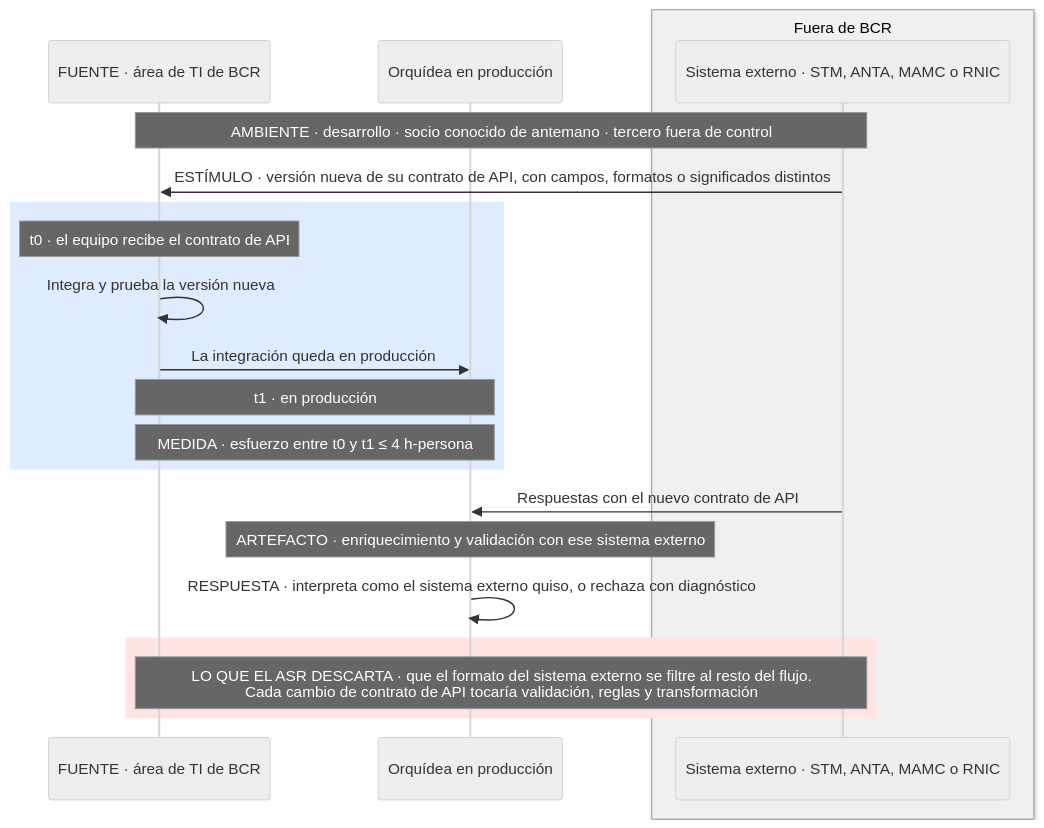
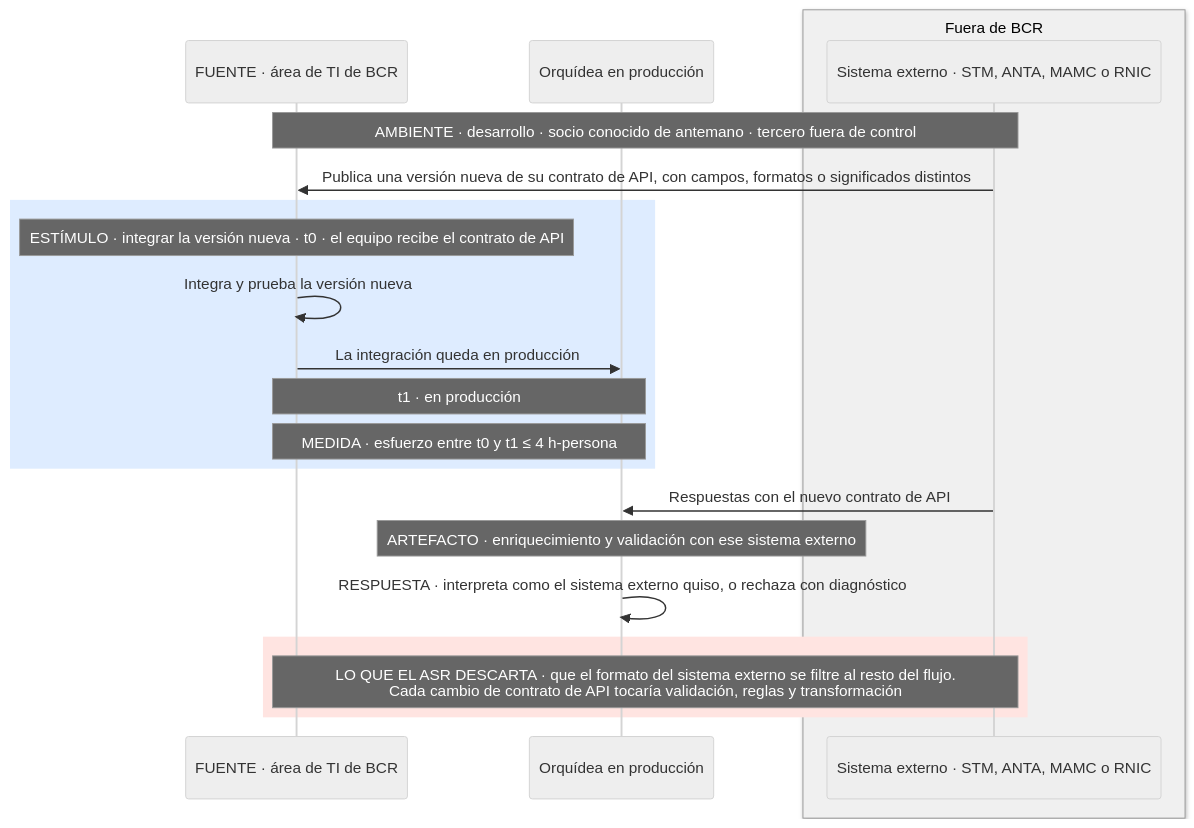
Before and after one commit to MATI-MBIT/arqsoft-reto-4: the seventh of 17 diagrams in docs/quality-attributes.md, drawn with Mermaid (neutral theme). The commit also changed other lines of this file and 2 other files, not shown here.

First line of the commit message:
Alinea los 17 ASR con las seis partes del escenario de calidad

````diff
--- a/docs/quality-attributes.md
+++ b/docs/quality-attributes.md
@@ -403,23 +403,23 @@
 ```mermaid
 sequenceDiagram
     participant T as FUENTE · área de TI de BCR
     participant O as Orquídea en producción
     box rgb(240,240,240) Fuera de BCR
     participant N as Sistema externo · STM, ANTA, MAMC o RNIC
     end
     Note over T,N: AMBIENTE · desarrollo · socio conocido de antemano · tercero fuera de control
-    N->>T: ESTÍMULO · versión nueva de su contrato de API, con campos, formatos o significados distintos
+    N->>T: Publica una versión nueva de su contrato de API, con campos, formatos o significados distintos
     rect rgb(222, 236, 255)
-    Note over T: t0 · el equipo recibe el contrato de API
+    Note over T: ESTÍMULO · integrar la versión nueva · t0 · el equipo recibe el contrato de API
     T->>T: Integra y prueba la versión nueva
     T->>O: La integración queda en producción
     Note over T,O: t1 · en producción
     Note over T,O: MEDIDA · esfuerzo entre t0 y t1 ≤ 4 h-persona
     end
     N->>O: Respuestas con el nuevo contrato de API
     Note over O: ARTEFACTO · enriquecimiento y validación con ese sistema externo
     O->>O: RESPUESTA · interpreta como el sistema externo quiso, o rechaza con diagnóstico
     rect rgb(255, 228, 225)
     Note over T,N: LO QUE EL ASR DESCARTA · que el formato del sistema externo se filtre al resto del flujo.<br/>Cada cambio de contrato de API tocaría validación, reglas y transformación
     end
 ```
````
